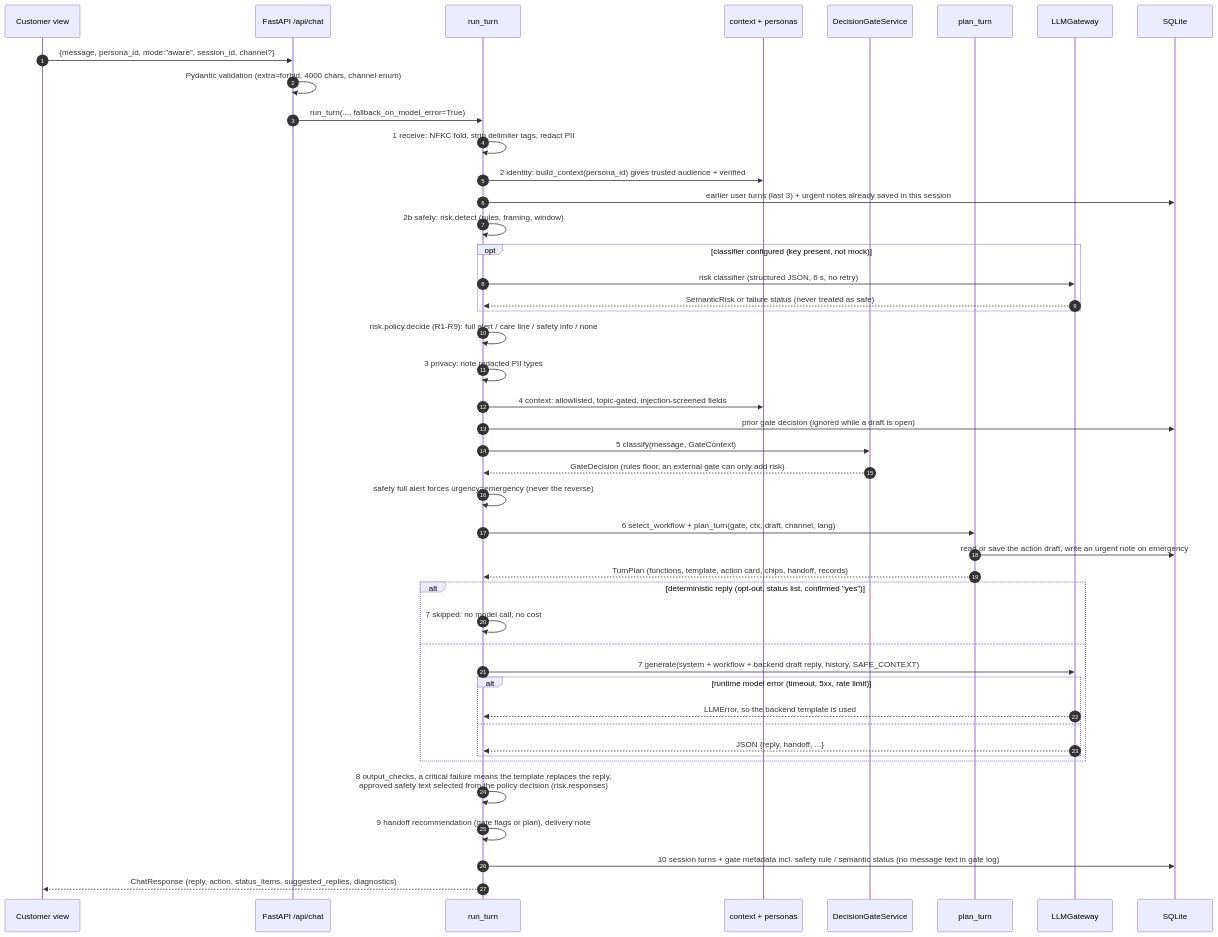
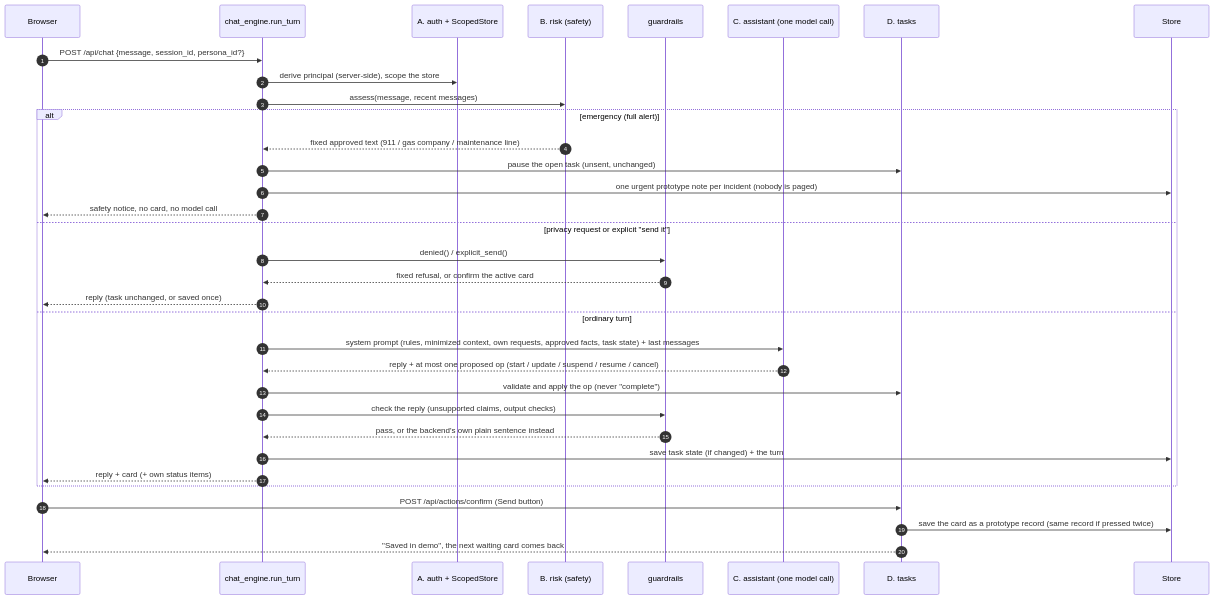
The diagram in docs/diagrams/chat-turn-sequence.md (Ross-Business-Tech/McKinley-Project-1), drawn with Mermaid before and after one commit. The commit also changed other lines of this file and 29 other files, not shown here.

````diff
--- a/docs/diagrams/chat-turn-sequence.md
+++ b/docs/diagrams/chat-turn-sequence.md
@@ -7,48 +6,38 @@
 ```mermaid
 sequenceDiagram
   autonumber
-  participant U as Customer view
-  participant A as FastAPI /api/chat
-  participant E as run_turn
-  participant C as context + personas
-  participant G as DecisionGateService
-  participant P as plan_turn
-  participant L as LLMGateway
-  participant S as SQLite
+  participant B as Browser
+  participant E as chat_engine.run_turn
+  participant A as A. auth + ScopedStore
+  participant S as B. risk (safety)
+  participant G as guardrails
+  participant C as C. assistant (one model call)
+  participant T as D. tasks
+  participant DB as Store
 
-  U->>A: {message, persona_id, mode:"aware", session_id, channel?}
-  A->>A: Pydantic validation (extra=forbid, 4000 chars, channel enum)
-  A->>E: run_turn(..., fallback_on_model_error=True)
-  E->>E: 1 receive: NFKC fold, strip delimiter tags, redact PII
-  E->>C: 2 identity: build_context(persona_id) gives trusted audience + verified
-  E->>S: earlier user turns (last 3) + urgent notes already saved in this session
-  E->>E: 2b safety: risk.detect (rules, framing, window)
-  opt classifier configured (key present, not mock)
-    E->>L: risk classifier (structured JSON, 6 s, no retry)
-    L-->>E: SemanticRisk or failure status (never treated as safe)
+  B->>E: POST /api/chat {message, session_id, persona_id?}
+  E->>A: derive principal (server-side), scope the store
+  E->>S: assess(message, recent messages)
+  alt emergency (full alert)
+    S-->>E: fixed approved text (911 / gas company / maintenance line)
+    E->>T: pause the open task (unsent, unchanged)
+    E->>DB: one urgent prototype note per incident (nobody is paged)
+    E-->>B: safety notice, no card, no model call
+  else privacy request or explicit "send it"
+    E->>G: denied() / explicit_send()
+    G-->>E: fixed refusal, or confirm the active card
+    E-->>B: reply (task unchanged, or saved once)
+  else ordinary turn
+    E->>C: system prompt (rules, minimized context, own requests, approved facts, task state) + last messages
+    C-->>E: reply + at most one proposed op (start / update / suspend / resume / cancel)
+    E->>T: validate and apply the op (never "complete")
+    E->>G: check the reply (unsupported claims, output checks)
+    G-->>E: pass, or the backend's own plain sentence instead
+    E->>DB: save task state (if changed) + the turn
+    E-->>B: reply + card (+ own status items)
   end
-  E->>E: risk.policy.decide (R1-R9): full alert / care line / safety info / none
-  E->>E: 3 privacy: note redacted PII types
-  E->>C: 4 context: allowlisted, topic-gated, injection-screened fields
-  E->>S: prior gate decision (ignored while a draft is open)
-  E->>G: 5 classify(message, GateContext)
-  G-->>E: GateDecision (rules floor, an external gate can only add risk)
-  E->>E: safety full alert forces urgency=emergency (never the reverse)
-  E->>P: 6 select_workflow + plan_turn(gate, ctx, draft, channel, lang)
-  P->>S: read or save the action draft, write an urgent note on emergency
-  P-->>E: TurnPlan (functions, template, action card, chips, handoff, records)
-  alt deterministic reply (opt-out, status list, confirmed "yes")
-    E->>E: 7 skipped: no model call, no cost
-  else
-    E->>L: 7 generate(system + workflow + backend draft reply, history, SAFE_CONTEXT)
-    alt runtime model error (timeout, 5xx, rate limit)
-      L-->>E: LLMError, so the backend template is used
-    else
-      L-->>E: JSON {reply, handoff, ...}
-    end
-  end
-  E->>E: 8 output_checks, a critical failure means the template replaces the reply,<br/>approved safety text selected from the policy decision (risk.responses)
-  E->>E: 9 handoff recommendation (gate flags or plan), delivery note
-  E->>S: 10 session turns + gate metadata incl. safety rule / semantic status (no message text in gate log)
-  E-->>U: ChatResponse (reply, action, status_items, suggested_replies, diagnostics)
+
+  B->>T: POST /api/actions/confirm (Send button)
+  T->>DB: save the card as a prototype record (same record if pressed twice)
+  T-->>B: "Saved in demo", the next waiting card comes back
 ```
````
